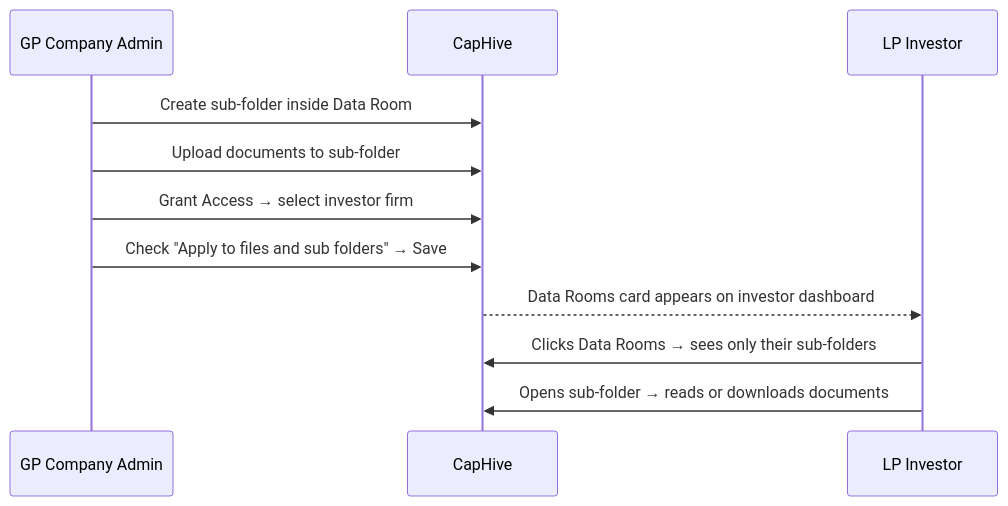
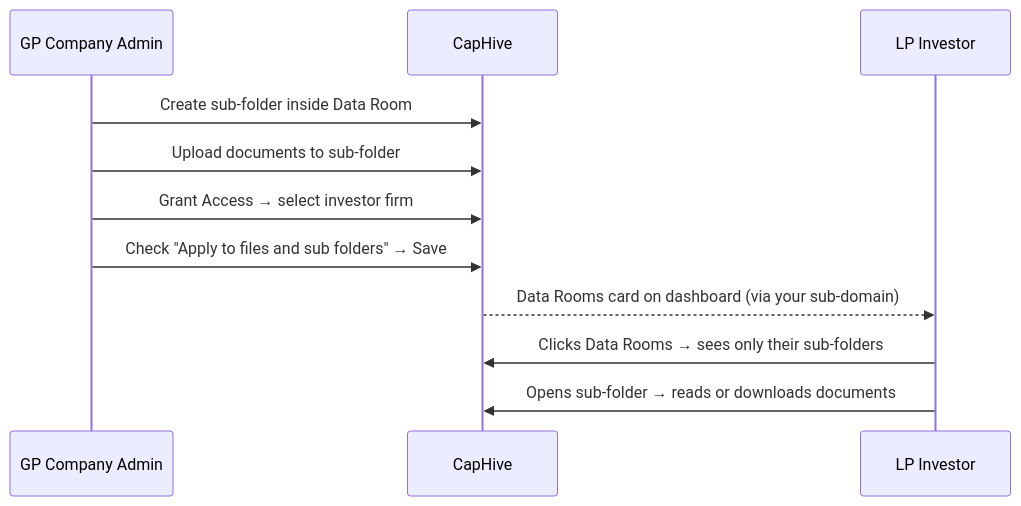
The first of 3 diagrams in docs/user_guides/data_rooms_gp_user_guide.md (sampadadiwan/IRM_CompanyMain), drawn with Mermaid before and after one commit. The commit also changed other lines of this file and 135 other files, not shown here.

````diff
--- a/docs/user_guides/data_rooms_gp_user_guide.md
+++ b/docs/user_guides/data_rooms_gp_user_guide.md
@@ -48,14 +50,14 @@
 ```mermaid
 sequenceDiagram
     participant Admin as GP Company Admin
     participant Platform as CapHive
     participant LP as LP Investor
 
     Admin->>Platform: Create sub-folder inside Data Room
     Admin->>Platform: Upload documents to sub-folder
     Admin->>Platform: Grant Access → select investor firm
     Admin->>Platform: Check "Apply to files and sub folders" → Save
-    Platform-->>LP: Data Rooms card appears on investor dashboard
+    Platform-->>LP: Data Rooms card on dashboard (via your sub-domain)
     LP->>Platform: Clicks Data Rooms → sees only their sub-folders
     LP->>Platform: Opens sub-folder → reads or downloads documents
 ```
````
